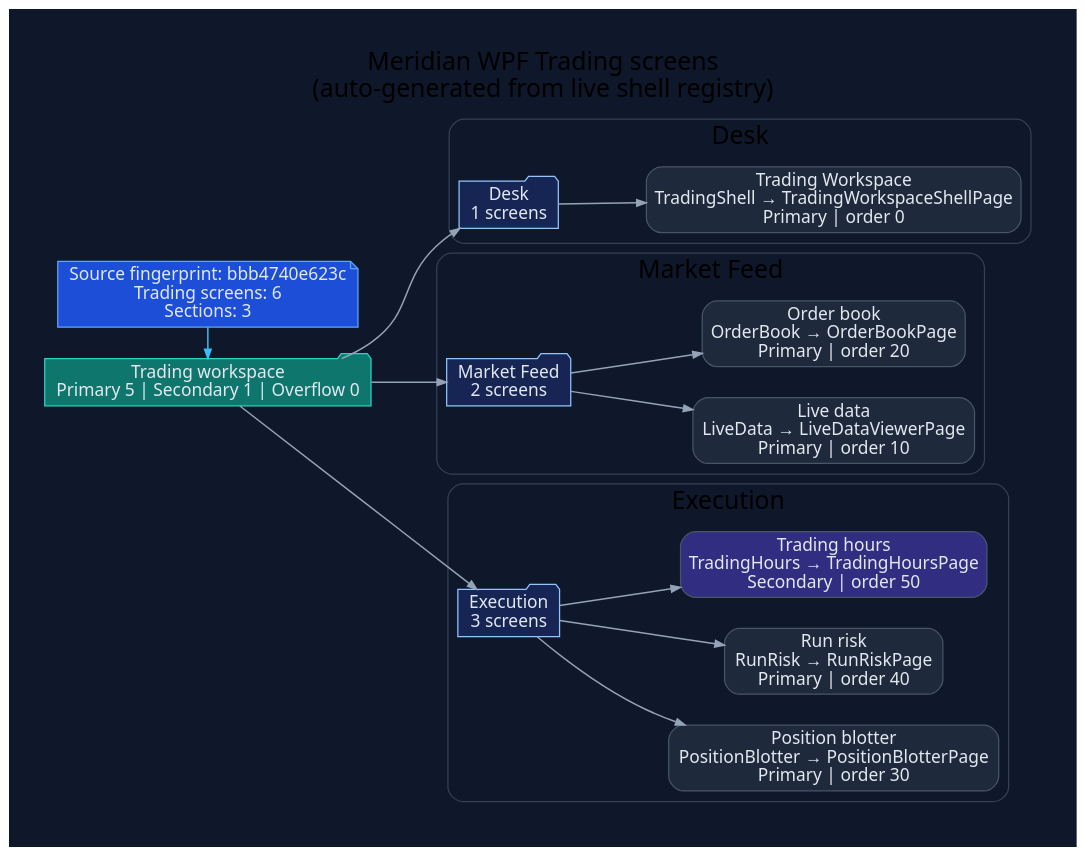
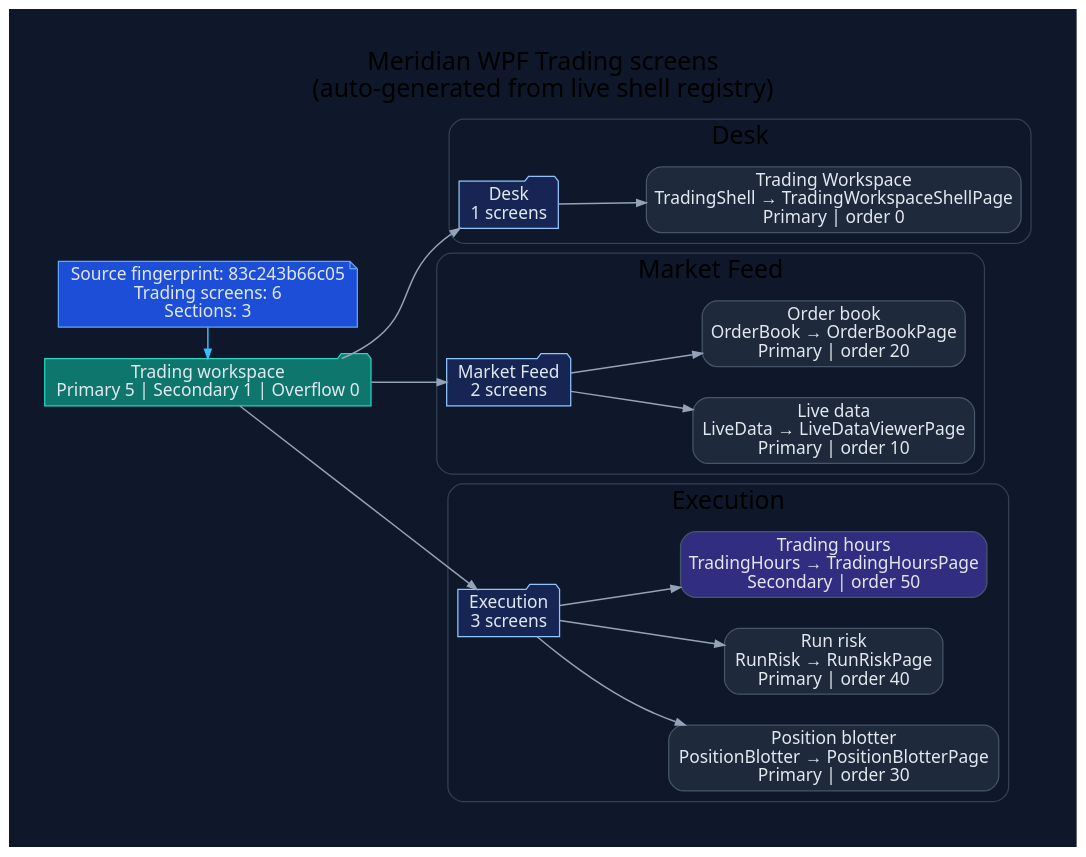
The diagram in docs/diagrams/ui/ui-wpf-screens-trading.dot (rodoHasArrived/Meridian-main), drawn with Graphviz before and after one commit. The commit also changed 46 other files, not shown here.

```diff
--- a/docs/diagrams/ui/ui-wpf-screens-trading.dot
+++ b/docs/diagrams/ui/ui-wpf-screens-trading.dot
@@ -1,62 +1,62 @@
 // -----------------------------------------------------------------------------
 // <auto-generated>
 // Generated by scripts/generate-diagrams.mjs.
 // Do not edit this file directly; update the WPF source files instead.
 // -----------------------------------------------------------------------------
 digraph WpfTradingScreens {
   graph [
     rankdir=LR,
     labelloc=t,
     label="Meridian WPF Trading screens\n(auto-generated from live shell registry)",
     fontname="Segoe UI",
     fontsize=20,
     pad=0.4,
     nodesep=0.35,
     ranksep=0.85,
     bgcolor="#0f172a"
   ];
   node [fontname="Segoe UI", shape=box, style="rounded,filled", color="#475569", fontcolor="#e2e8f0", fillcolor="#1e293b"];
   edge [fontname="Segoe UI", color="#94a3b8", penwidth=1.2, arrowsize=0.75];
 
-  generated [shape=note, fillcolor="#1d4ed8", color="#60a5fa", label="Source fingerprint: bbb4740e623c\nTrading screens: 6\nSections: 3"];
+  generated [shape=note, fillcolor="#1d4ed8", color="#60a5fa", label="Source fingerprint: 83c243b66c05\nTrading screens: 6\nSections: 3"];
   workspace [shape=folder, fillcolor="#0f766e", color="#2dd4bf", label="Trading workspace\nPrimary 5 | Secondary 1 | Overflow 0"];
   generated -> workspace [color="#38bdf8"];
 
   subgraph cluster_section_1 {
     label="Desk";
     color="#334155";
     style="rounded";
     section_1 [shape=folder, fillcolor="#172554", color="#93c5fd", label="Desk\n1 screens"];
     workspace -> section_1;
     screen_TradingShell [fillcolor="#1e293b", label="Trading Workspace\nTradingShell → TradingWorkspaceShellPage\nPrimary | order 0"];
     section_1 -> screen_TradingShell;
   }
 
   subgraph cluster_section_2 {
     label="Market Feed";
     color="#334155";
     style="rounded";
     section_2 [shape=folder, fillcolor="#172554", color="#93c5fd", label="Market Feed\n2 screens"];
     workspace -> section_2;
     screen_LiveData [fillcolor="#1e293b", label="Live data\nLiveData → LiveDataViewerPage\nPrimary | order 10"];
     section_2 -> screen_LiveData;
     screen_OrderBook [fillcolor="#1e293b", label="Order book\nOrderBook → OrderBookPage\nPrimary | order 20"];
     section_2 -> screen_OrderBook;
   }
 
   subgraph cluster_section_3 {
     label="Execution";
     color="#334155";
     style="rounded";
     section_3 [shape=folder, fillcolor="#172554", color="#93c5fd", label="Execution\n3 screens"];
     workspace -> section_3;
     screen_PositionBlotter [fillcolor="#1e293b", label="Position blotter\nPositionBlotter → PositionBlotterPage\nPrimary | order 30"];
     section_3 -> screen_PositionBlotter;
     screen_RunRisk [fillcolor="#1e293b", label="Run risk\nRunRisk → RunRiskPage\nPrimary | order 40"];
     section_3 -> screen_RunRisk;
     screen_TradingHours [fillcolor="#312e81", label="Trading hours\nTradingHours → TradingHoursPage\nSecondary | order 50"];
     section_3 -> screen_TradingHours;
   }
 
   { rank=min; generated; workspace; }
 }
```
